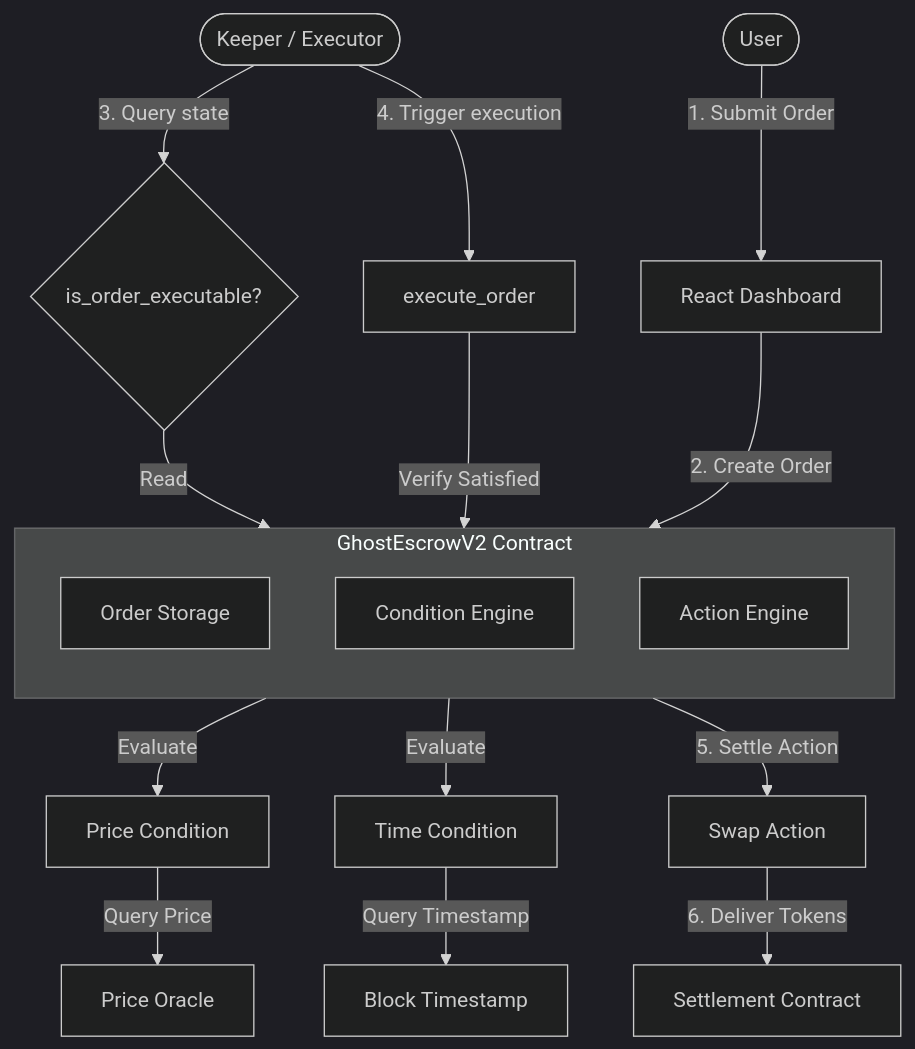
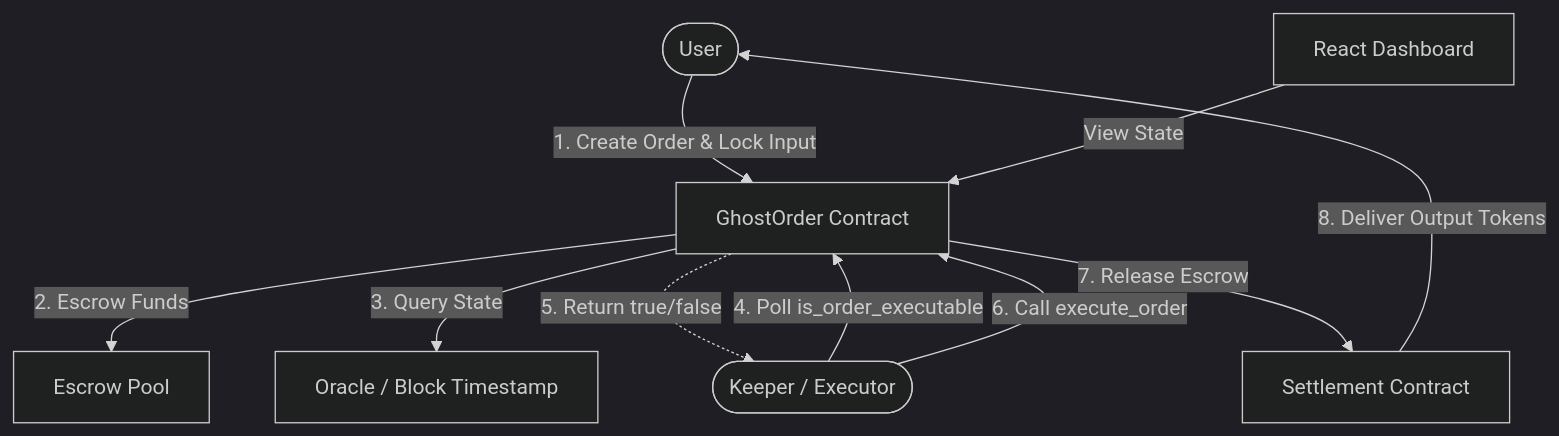
Before and after one commit to kaverimeshram/GhostOrder: the first of 2 diagrams in README.md, drawn with Mermaid (dark theme). The commit also changed other lines of this file, not shown here.

Commit message:
docs: restore GhostOrder project README

````diff
--- a/README.md
+++ b/README.md
@@ -47,26 +65,16 @@
 ```mermaid
 flowchart TD
-    User(["User"]) -->|1. Submit Order| Frontend[React Dashboard]
-    Frontend -->|2. Create Order| Escrow[GhostEscrowV2 Contract]
+    User(["User"]) -->|1. Create Order & Lock Input| EscrowContract["GhostOrder Contract"]
+    Frontend["React Dashboard"] -->|View State| EscrowContract
+    
+    EscrowContract -->|2. Escrow Funds| LockPool["Escrow Pool"]
+    EscrowContract -->|3. Query State| Oracle["Oracle / Block Timestamp"]
 
-    subgraph Escrow [GhostEscrowV2 Contract]
-        direction TB
-        OS[Order Storage]
-        CE[Condition Engine]
-        AE[Action Engine]
-    end
-
-    CE -->|Evaluate| PC[Price Condition]
-    CE -->|Evaluate| TC[Time Condition]
-
-    PC -->|Query Price| Oracle[Price Oracle]
-    TC -->|Query Timestamp| Time[Block Timestamp]
-
-    Keeper(["Keeper / Executor"]) -->|3. Query state| IsExec{"is_order_executable?"}
-    IsExec -->|Read| CE
+    Keeper(["Keeper / Executor"]) -->|4. Poll is_order_executable| EscrowContract
     
-    Keeper -->|4. Trigger execution| Exec[execute_order]
-    Exec -->|Verify Satisfied| AE
-    AE -->|5. Settle Action| Swap[Swap Action]
-    Swap -->|6. Deliver Tokens| Settlement[Settlement Contract]
+    EscrowContract -.->|5. Return true/false| Keeper
+    
+    Keeper -->|6. Call execute_order| EscrowContract
+    EscrowContract -->|7. Release Escrow| Settlement["Settlement Contract"]
+    Settlement -->|8. Deliver Output Tokens| User
 ```
````
